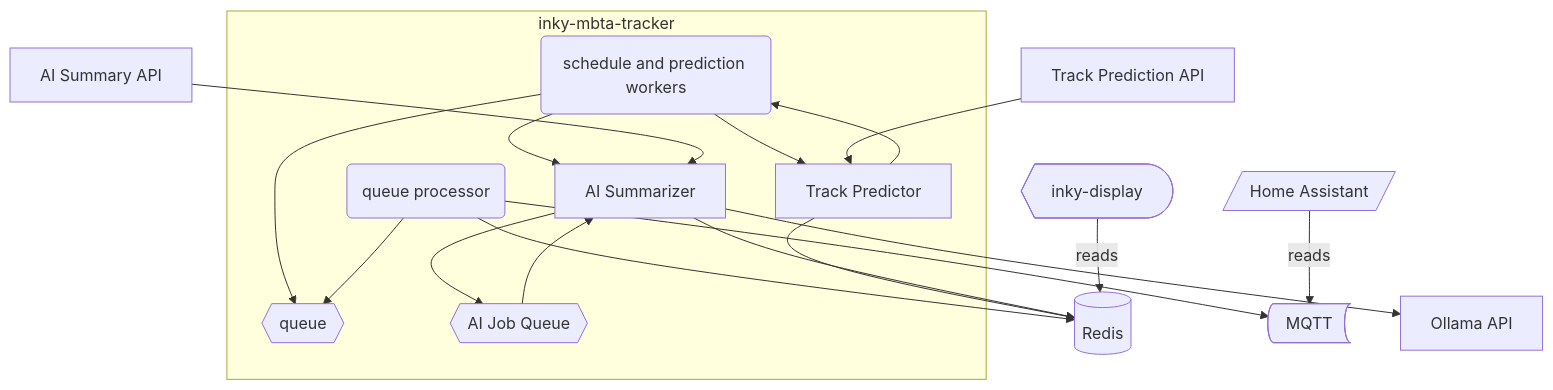
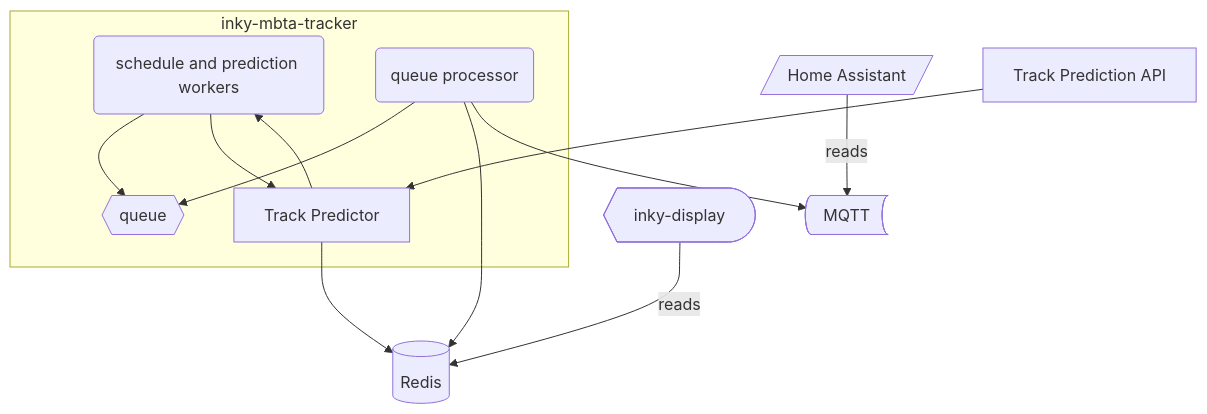
Before and after one commit to cubismod/inky-mbta-tracker: the diagram in README.md, drawn with Mermaid. The commit also changed 10 other files, not shown here.

````diff
--- a/README.md
+++ b/README.md
@@ -210,29 +210,21 @@
 ```mermaid
 flowchart TD
     subgraph inky-mbta-tracker
     B(schedule and prediction workers)
     D{{queue}}
     C(queue processor)
     TP[Track Predictor]
-    AI[AI Summarizer]
-    AQ{{AI Job Queue}}
     end
     B --> D
     C --> D
     B --> TP
     TP --> B
-    B --> AI
-    AI --> AQ
-    AQ --> AI
 
     C -->E@{ shape: cyl, label: "Redis"}
     C -->F@{ shape: bow-rect, label: "MQTT" }
     TP --> E
-    AI --> E
-    AI --> O[Ollama API]
 
     G@{ shape: curv-trap, label: "inky-display" } -->|reads| E
     H[/Home Assistant/] -->|reads| F
     I[Track Prediction API] --> TP
-    J[AI Summary API] --> AI
 ```
````
